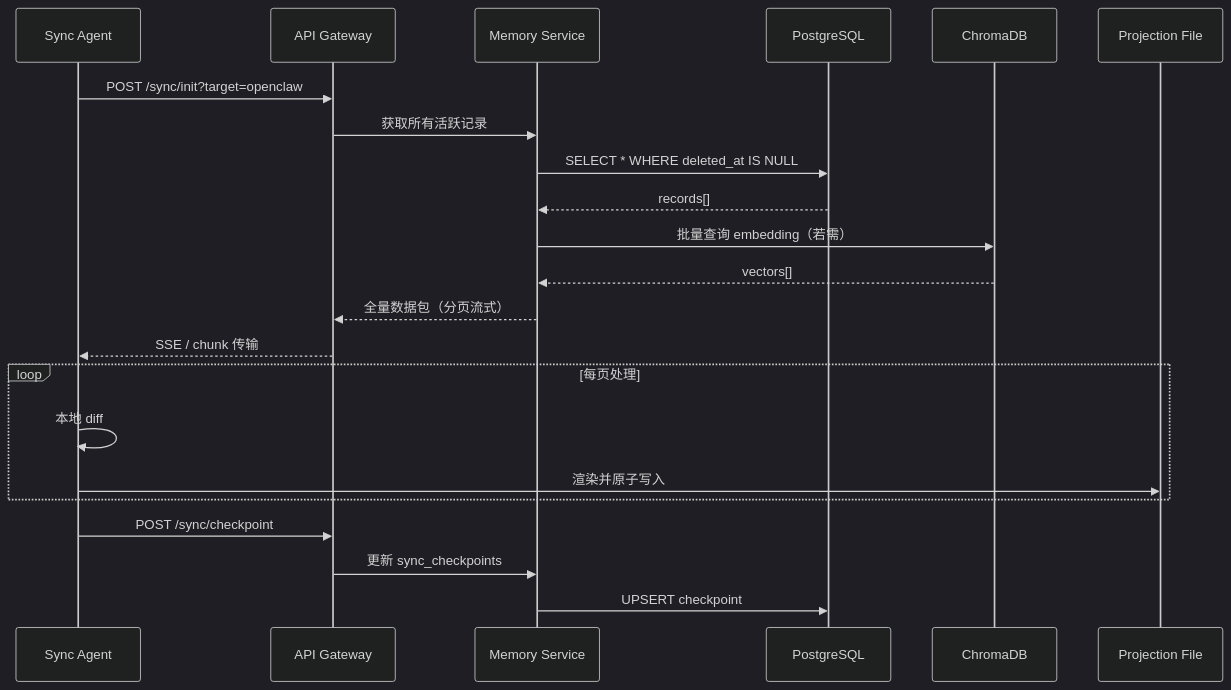
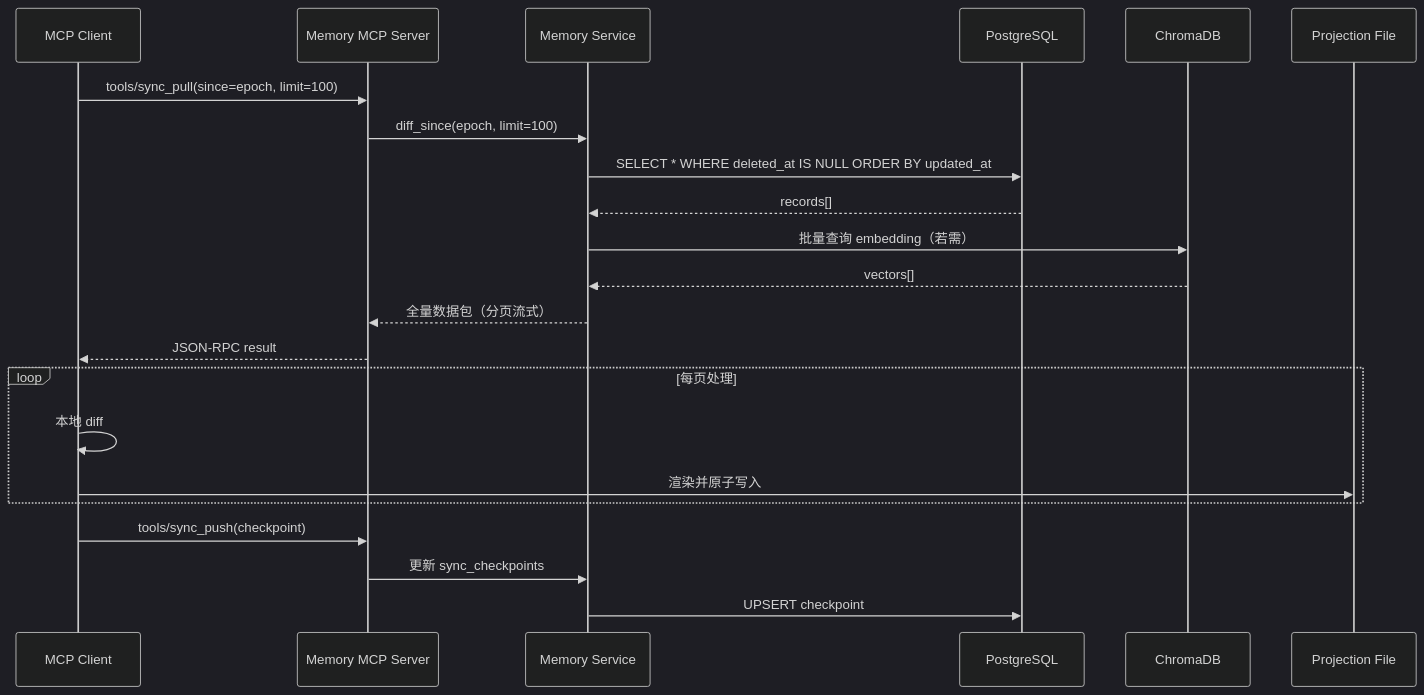
The third of 4 diagrams in Design.md (chad1987/All-Memory), drawn with Mermaid (dark theme) before and after one commit. The commit also changed other lines of this file, not shown here.

First line of the commit message:
docs: 将设计升级为 MCP Server 架构 v3.0

````diff
--- a/Design.md
+++ b/Design.md
@@ -713,25 +1147,25 @@
 ```mermaid
 sequenceDiagram
-    participant Client as Sync Agent
-    participant API as API Gateway
+    participant Client as MCP Client
+    participant MCP as Memory MCP Server
     participant MS as Memory Service
     participant DB as PostgreSQL
     participant Chroma as ChromaDB
     participant File as Projection File
 
-    Client->>API: POST /sync/init?target=openclaw
-    API->>MS: 获取所有活跃记录
-    MS->>DB: SELECT * WHERE deleted_at IS NULL
+    Client->>MCP: tools/sync_pull(since=epoch, limit=100)
+    MCP->>MS: diff_since(epoch, limit=100)
+    MS->>DB: SELECT * WHERE deleted_at IS NULL ORDER BY updated_at
     DB-->>MS: records[]
     MS->>Chroma: 批量查询 embedding（若需）
     Chroma-->>MS: vectors[]
-    MS-->>API: 全量数据包（分页流式）
-    API-->>Client: SSE / chunk 传输
+    MS-->>MCP: 全量数据包（分页流式）
+    MCP-->>Client: JSON-RPC result
     loop 每页处理
         Client->>Client: 本地 diff
         Client->>File: 渲染并原子写入
     end
-    Client->>API: POST /sync/checkpoint
-    API->>MS: 更新 sync_checkpoints
+    Client->>MCP: tools/sync_push(checkpoint)
+    MCP->>MS: 更新 sync_checkpoints
     MS->>DB: UPSERT checkpoint
 ```
````
